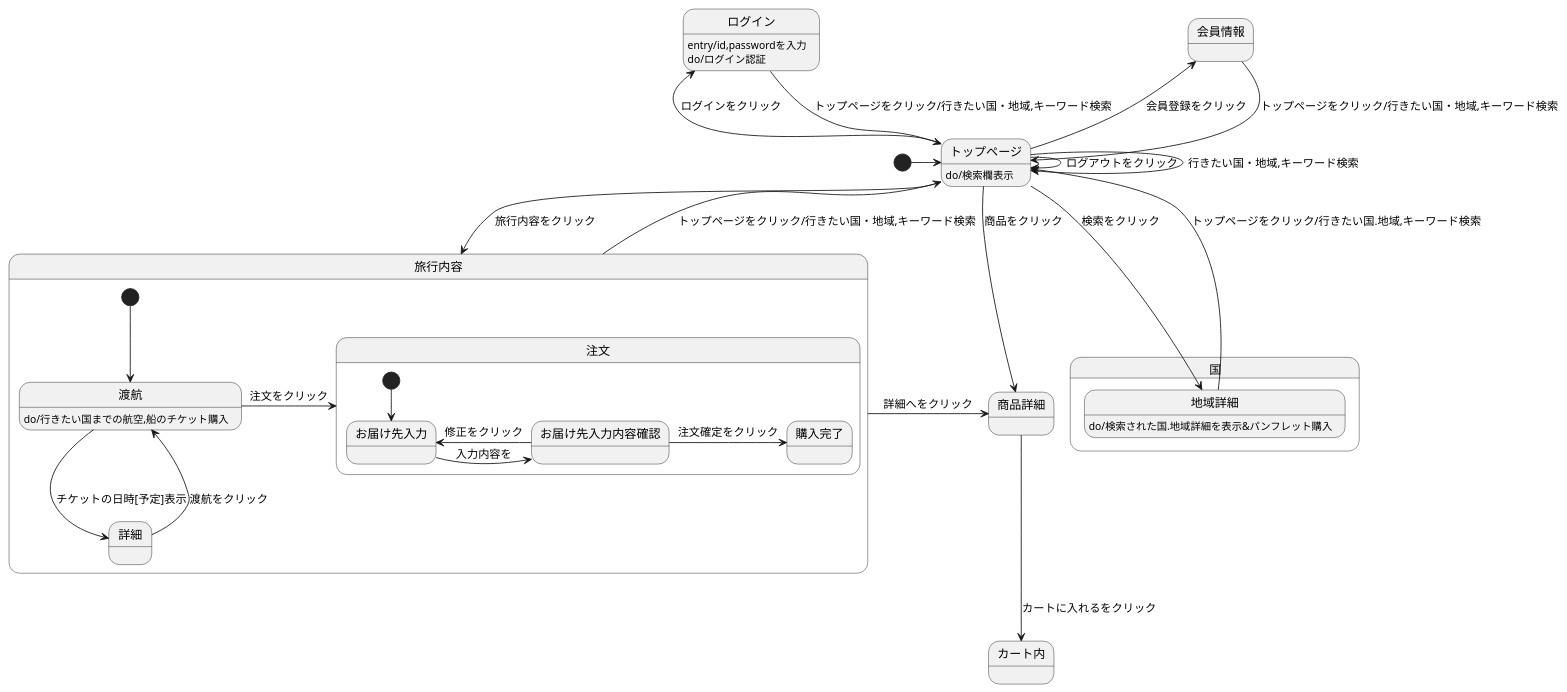
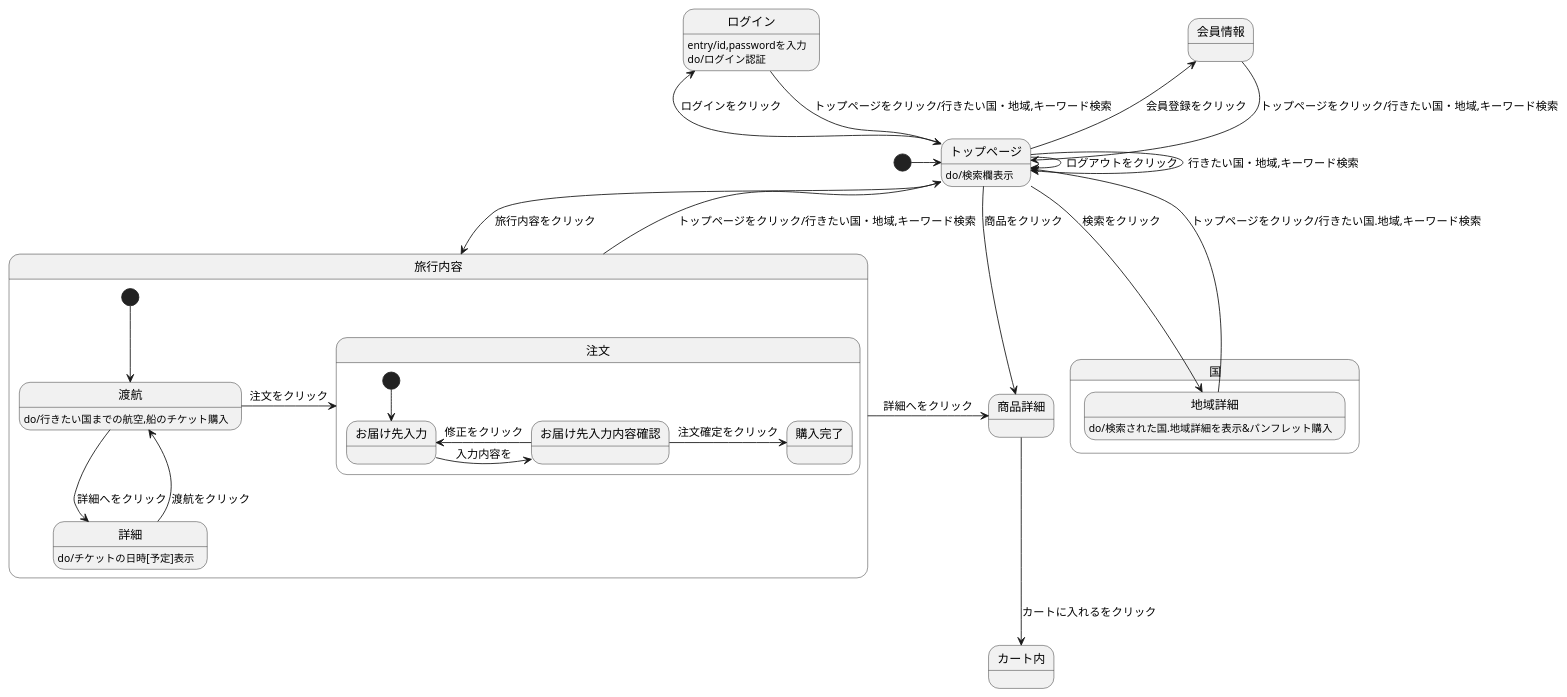
Before and after one commit to Aso2001195/2021sys-design: the diagram in kadai8.md, drawn with PlantUML.

````diff
--- a/kadai8.md
+++ b/kadai8.md
@@ -1,36 +1,37 @@
 ```uml
 @startuml
 [*] -> トップページ
 会員情報 --> トップページ :トップページをクリック/行きたい国・地域,キーワード検索
 ログイン --> トップページ :トップページをクリック/行きたい国・地域,キーワード検索
 ログイン :entry/id,passwordを入力
 ログイン :do/ログイン認証
 トップページ -> トップページ :ログアウトをクリック
 トップページ -> トップページ :行きたい国・地域,キーワード検索
 国.地域詳細 -->トップページ :トップページをクリック/行きたい国.地域,キーワード検索
 国.地域詳細 :do/検索された国.地域詳細を表示&パンフレット購入
 トップページ --> 国.地域詳細 :検索をクリック
 トップページ -> 商品詳細 :商品をクリック
 トップページ -left-> 会員情報 :会員登録をクリック
 トップページ -left-> ログイン :ログインをクリック
 トップページ -> 旅行内容 :旅行内容をクリック
 トップページ : do/検索欄表示
 商品詳細 --> カート内 :カートに入れるをクリック
 旅行内容 -up-> トップページ :トップページをクリック/行きたい国・地域,キーワード検索
 旅行内容 ->商品詳細 :詳細へをクリック
 
 state 旅行内容{
 [*] --> 渡航
 渡航 -> 注文 :注文をクリック
 渡航 :do/行きたい国までの航空,船のチケット購入
-渡航 ->詳細 :チケットの日時[予定]表示
+渡航 -> 詳細 :詳細へをクリック
+詳細 :do/チケットの日時[予定]表示
 詳細--> 渡航 :渡航をクリック
 state 注文{
  [*] --> お届け先入力
  お届け先入力 -> お届け先入力内容確認 :入力内容を
  お届け先入力内容確認 -> お届け先入力 :修正をクリック
  お届け先入力内容確認 -> 購入完了 :注文確定をクリック
  }
 }
 @enduml
 ```
````
